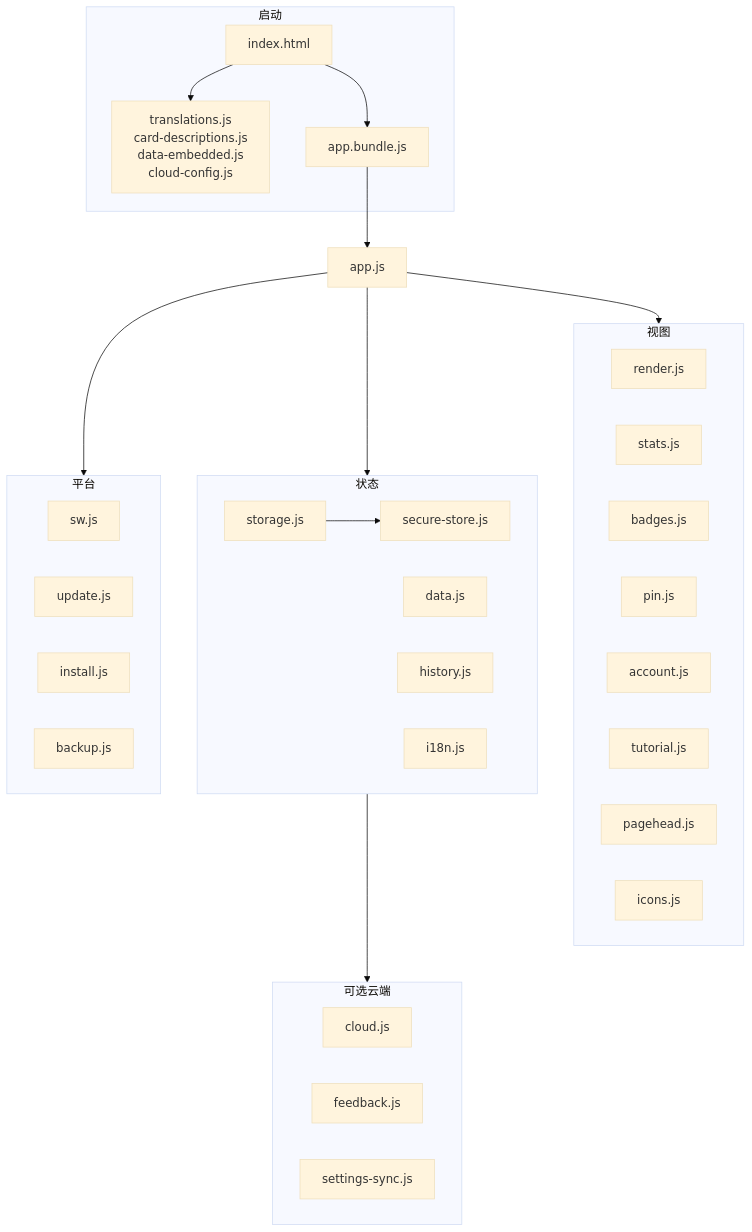
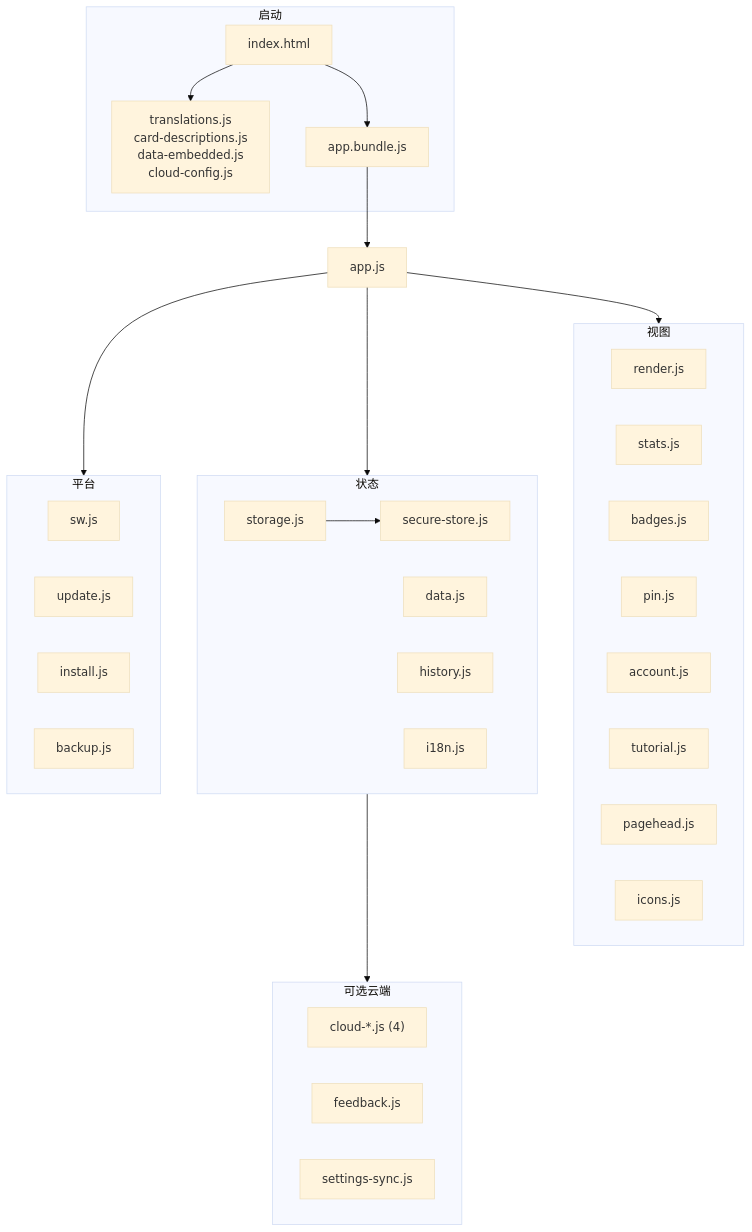
One commit to Arts44/f1-uno-elite changed the diagram in README.zh.md. Above: the diagram before and after it, drawn with Mermaid (base theme). The commit also changed other lines of this file and 61 other files, not shown here.

````diff
--- a/README.zh.md
+++ b/README.zh.md
@@ -126,25 +128,25 @@
 ```mermaid
 flowchart TB
   subgraph BOOT["启动"]
     H["index.html"] --> C["translations.js<br/>card-descriptions.js<br/>data-embedded.js<br/>cloud-config.js"]
     H --> B["app.bundle.js"]
   end
   B --> APP["app.js"]
   APP --> UI
   APP --> ST
   APP --> PL
   subgraph UI["视图"]
     R["render.js"]; S["stats.js"]; BG["badges.js"]; PN["pin.js"]; AC["account.js"]; TU["tutorial.js"]; PH["pagehead.js"]; IC["icons.js"]
   end
   subgraph ST["状态"]
     STO["storage.js"]; DA["data.js"]; HI["history.js"]; SEC["secure-store.js"]; I18["i18n.js"]
   end
   subgraph PL["平台"]
     SW["sw.js"]; UP["update.js"]; IN["install.js"]; BK["backup.js"]
   end
   subgraph CL["可选云端"]
-    CLO["cloud.js"]; FB["feedback.js"]; SS["settings-sync.js"]
+    CLO["cloud-*.js (4)"]; FB["feedback.js"]; SS["settings-sync.js"]
   end
   ST --> CL
   STO --> SEC
 ```
````
